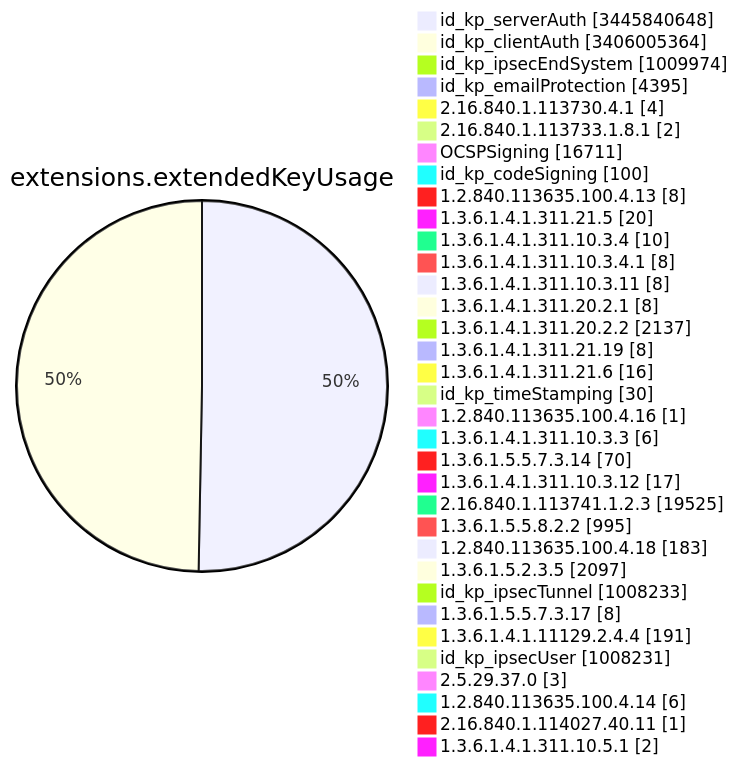
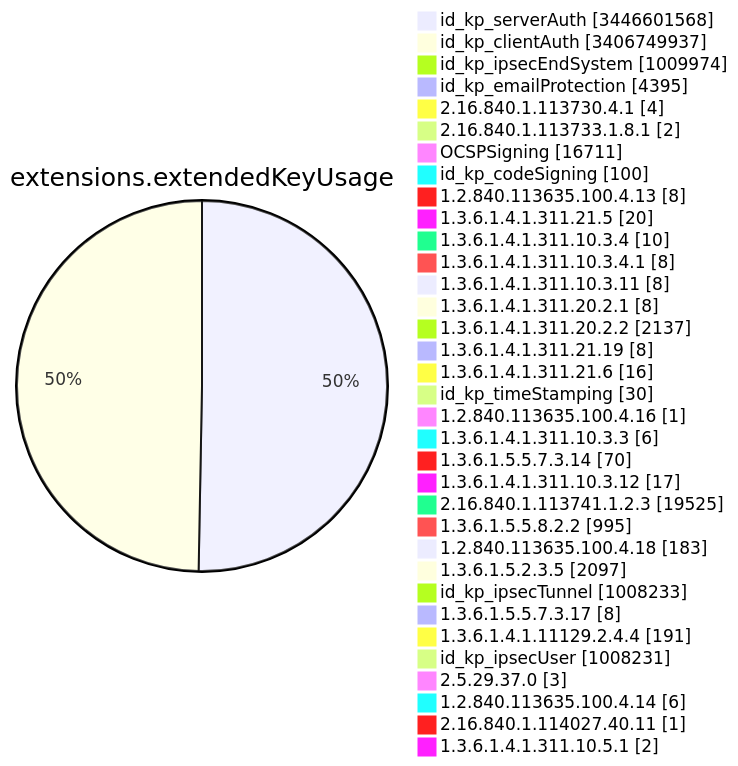
One commit to christiankrug/ctmonitor_visualization changed diagram 11 of 15 in TOTAL/README.md. Above: the diagram before and after it, drawn with Mermaid. The commit also changed other lines of this file, not shown here.

````diff
--- a/TOTAL/README.md
+++ b/TOTAL/README.md
@@ -4123,38 +4123,38 @@
 ```mermaid
 pie showData
 title extensions.extendedKeyUsage
-"id_kp_serverAuth" :3445840648
-"id_kp_clientAuth" :3406005364
+"id_kp_serverAuth" :3446601568
+"id_kp_clientAuth" :3406749937
 "id_kp_ipsecEndSystem" :1009974
 "id_kp_emailProtection" :4395
 "2.16.840.1.113730.4.1" :4
 "2.16.840.1.113733.1.8.1" :2
 "OCSPSigning" :16711
 "id_kp_codeSigning" :100
 "1.2.840.113635.100.4.13" :8
 "1.3.6.1.4.1.311.21.5" :20
 "1.3.6.1.4.1.311.10.3.4" :10
 "1.3.6.1.4.1.311.10.3.4.1" :8
 "1.3.6.1.4.1.311.10.3.11" :8
 "1.3.6.1.4.1.311.20.2.1" :8
 "1.3.6.1.4.1.311.20.2.2" :2137
 "1.3.6.1.4.1.311.21.19" :8
 "1.3.6.1.4.1.311.21.6" :16
 "id_kp_timeStamping" :30
 "1.2.840.113635.100.4.16" :1
 "1.3.6.1.4.1.311.10.3.3" :6
 "1.3.6.1.5.5.7.3.14" :70
 "1.3.6.1.4.1.311.10.3.12" :17
 "2.16.840.1.113741.1.2.3" :19525
 "1.3.6.1.5.5.8.2.2" :995
 "1.2.840.113635.100.4.18" :183
 "1.3.6.1.5.2.3.5" :2097
 "id_kp_ipsecTunnel" :1008233
 "1.3.6.1.5.5.7.3.17" :8
 "1.3.6.1.4.1.11129.2.4.4" :191
 "id_kp_ipsecUser" :1008231
 "2.5.29.37.0" :3
 "1.2.840.113635.100.4.14" :6
 "2.16.840.1.114027.40.11" :1
 "1.3.6.1.4.1.311.10.5.1" :2
 ```
````
